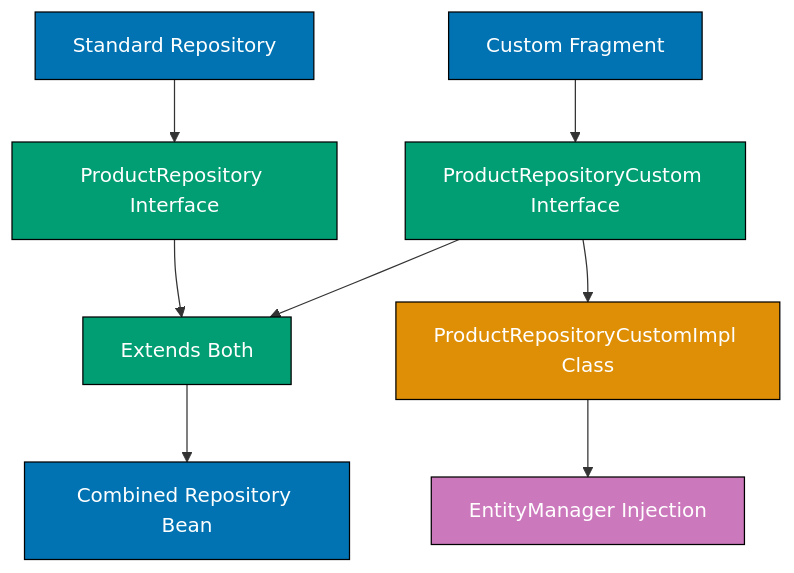
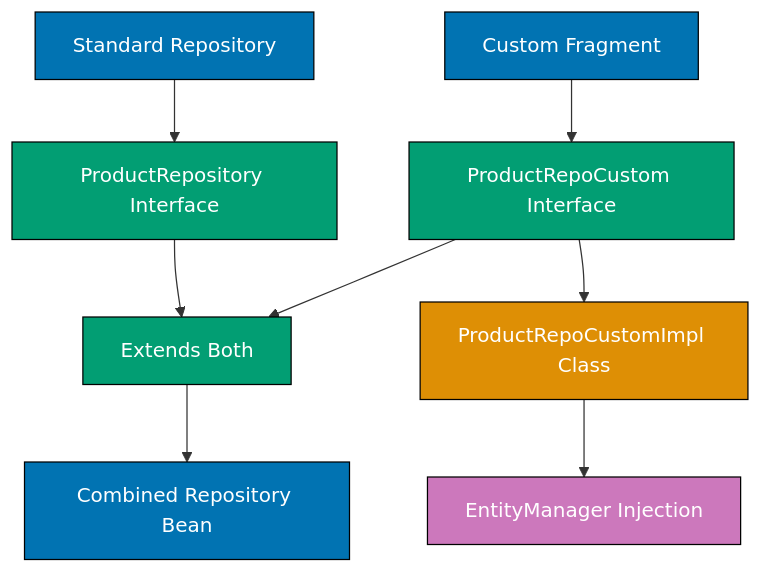
One commit to wahidyankf/open-sharia-enterprise changed the fifth of 10 diagrams in apps/ayokoding-web/content/en/learn/software-engineering/data/tools/spring-data-jpa/by-example/advanced.md. Above: the diagram before and after it, drawn with Mermaid. The commit also changed 16 other files, not shown here.

First line of the commit message:
fix(content): fix 46 pre-existing Mermaid violations in tutorial files

````diff
--- a/apps/ayokoding-web/content/en/learn/software-engineering/data/tools/spring-data-jpa/by-example/advanced.md
+++ b/apps/ayokoding-web/content/en/learn/software-engineering/data/tools/spring-data-jpa/by-example/advanced.md
@@ -1620,20 +1620,20 @@
 ```mermaid
 %% Custom repository pattern
 graph TD
     A[Standard Repository] --> B[ProductRepository Interface]
-    C[Custom Fragment] --> D[ProductRepositoryCustom Interface]
-    D --> E[ProductRepositoryCustomImpl Class]
+    C[Custom Fragment] --> D[ProductRepoCustom Interface]
+    D --> E[ProductRepoCustomImpl Class]
     E --> F[EntityManager Injection]
     B --> G[Extends Both]
     D --> G
     G --> H[Combined Repository Bean]
 
     style A fill:#0173B2,stroke:#000,color:#fff
     style B fill:#029E73,stroke:#000,color:#fff
     style C fill:#0173B2,stroke:#000,color:#fff
     style D fill:#029E73,stroke:#000,color:#fff
     style E fill:#DE8F05,stroke:#000,color:#fff
     style F fill:#CC78BC,stroke:#000,color:#fff
     style G fill:#029E73,stroke:#000,color:#fff
     style H fill:#0173B2,stroke:#000,color:#fff
 ```
````
